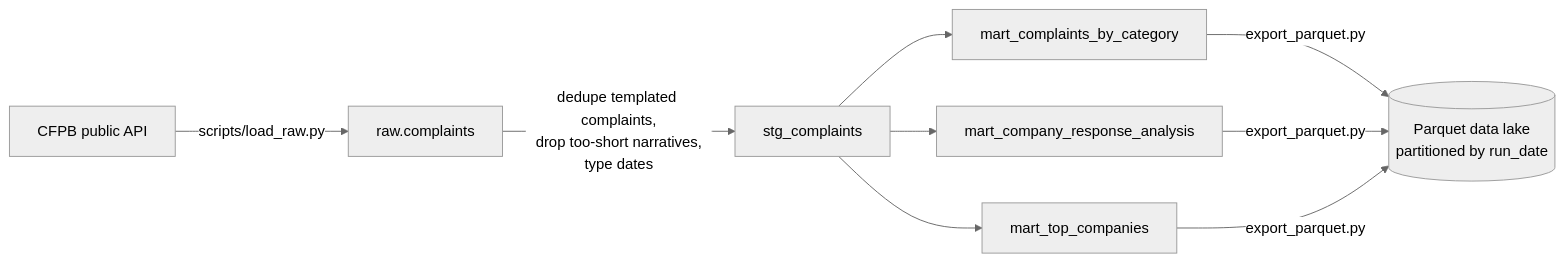
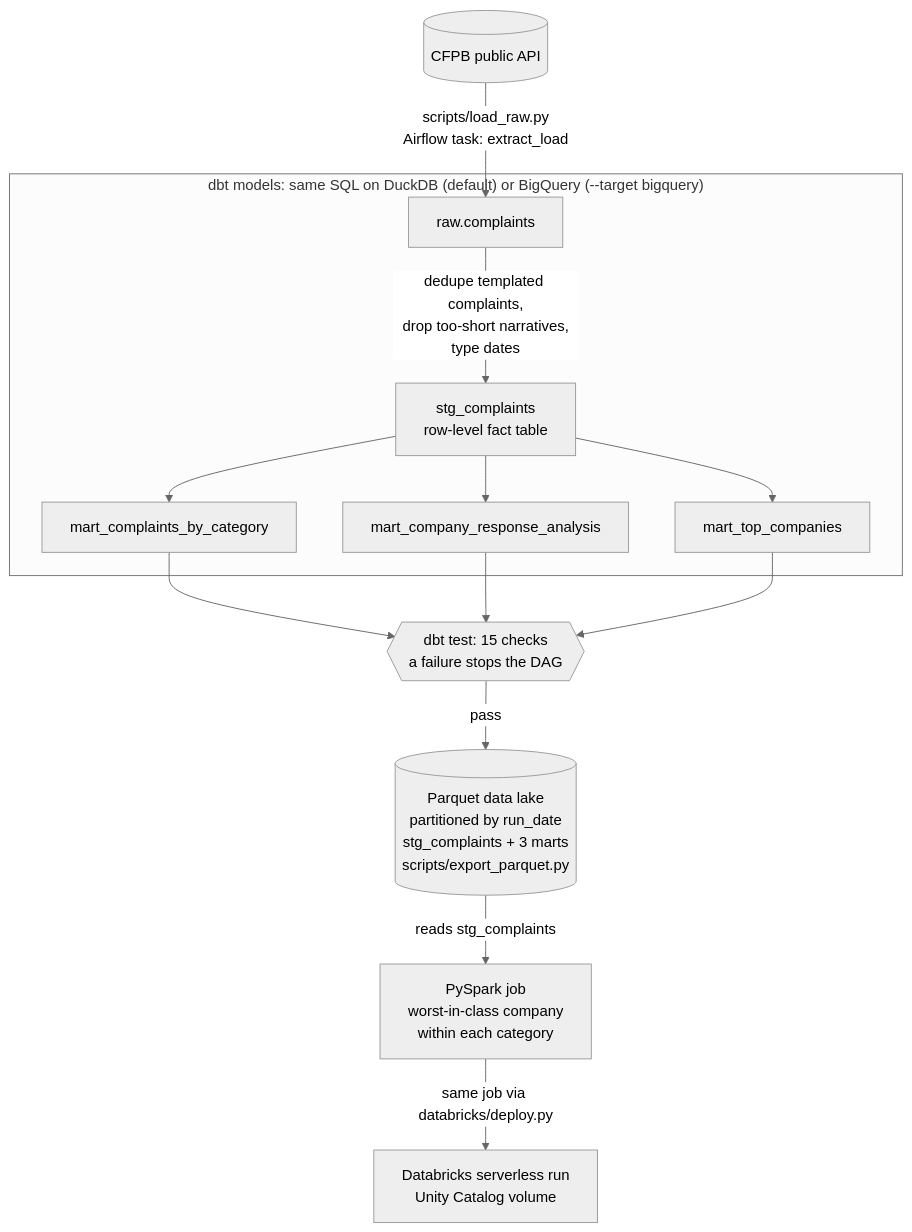
The diagram in pipeline/README.md (saijignas/Consumer-Complaint-Analytics), drawn with Mermaid (neutral theme) before and after one commit. The commit also changed 2 other files, not shown here.

Commit message:
Add flow diagrams: repo overview, pipeline (BigQuery, Spark, Databricks) and classification

````diff
--- a/pipeline/README.md
+++ b/pipeline/README.md
@@ -18,9 +18,18 @@
 ```mermaid
-flowchart LR
-    API[CFPB public API] -->|scripts/load_raw.py| RAW[raw.complaints]
-    RAW -->|dedupe templated complaints,\ndrop too-short narratives,\ntype dates| STG[stg_complaints]
-    STG --> M1[mart_complaints_by_category]
-    STG --> M2[mart_company_response_analysis]
-    STG --> M3[mart_top_companies]
-    M1 & M2 & M3 -->|export_parquet.py| LAKE[(Parquet data lake\npartitioned by run_date)]
+flowchart TD
+    API[("CFPB public API")] -->|"scripts/load_raw.py<br/>Airflow task: extract_load"| RAW
+
+    subgraph DBT["dbt models: same SQL on DuckDB (default) or BigQuery (--target bigquery)"]
+        RAW["raw.complaints"] -->|"dedupe templated complaints,<br/>drop too-short narratives,<br/>type dates"| STG["stg_complaints<br/>row-level fact table"]
+        STG --> M1["mart_complaints_by_category"]
+        STG --> M2["mart_company_response_analysis"]
+        STG --> M3["mart_top_companies"]
+    end
+
+    M1 --> TESTS
+    M2 --> TESTS
+    M3 --> TESTS
+    TESTS{{"dbt test: 15 checks<br/>a failure stops the DAG"}} -->|"pass"| LAKE[("Parquet data lake<br/>partitioned by run_date<br/>stg_complaints + 3 marts<br/>scripts/export_parquet.py")]
+    LAKE -->|"reads stg_complaints"| SPARK["PySpark job<br/>worst-in-class company<br/>within each category"]
+    SPARK -->|"same job via databricks/deploy.py"| DBX["Databricks serverless run<br/>Unity Catalog volume"]
 ```
````
